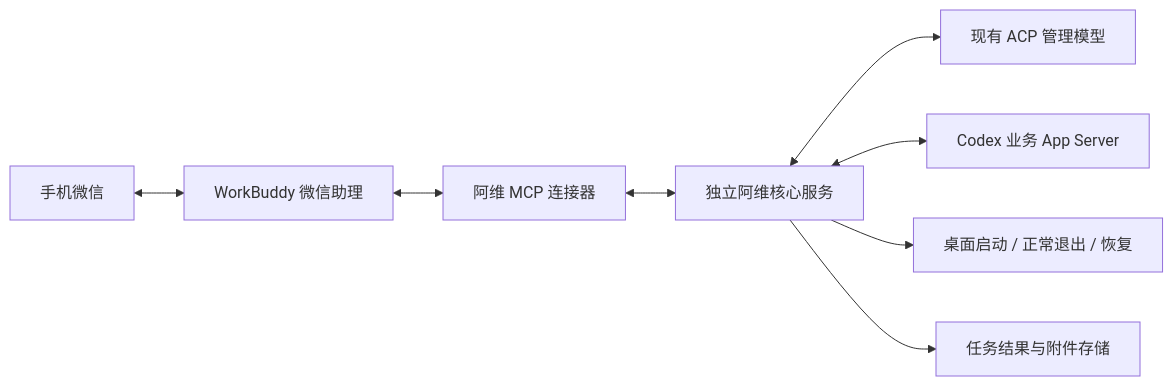
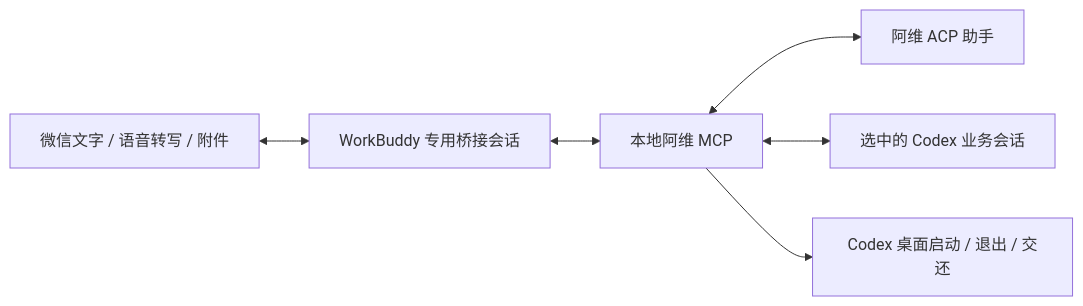
The diagram in docs/workbuddy-integration-proposal.md (seanzhang9999/acp-wechat-connector), drawn with Mermaid before and after one commit. The commit also changed other lines of this file and 13 other files, not shown here.

Commit message:
Add dedicated WorkBuddy session relay to Awei over local MCP

````diff
--- a/docs/workbuddy-integration-proposal.md
+++ b/docs/workbuddy-integration-proposal.md
@@ -11,10 +9,8 @@
 ```mermaid
 flowchart LR
-  W[手机微信] <--> B[WorkBuddy 微信助理]
-  B <--> M[阿维 MCP 连接器]
-  M <--> C[独立阿维核心服务]
-  C <--> L[现有 ACP 管理模型]
-  C <--> R[Codex 业务 App Server]
-  C --> D[桌面启动 / 正常退出 / 恢复]
-  C --> E[任务结果与附件存储]
+ W[微信文字 / 语音转写 / 附件] <--> B[WorkBuddy 专用桥接会话]
+ B <--> M[本地阿维 MCP]
+ M <--> A[阿维 ACP 助手]
+ M <--> C[选中的 Codex 业务会话]
+ M --> D[Codex 桌面启动 / 退出 / 交还]
 ```
````
